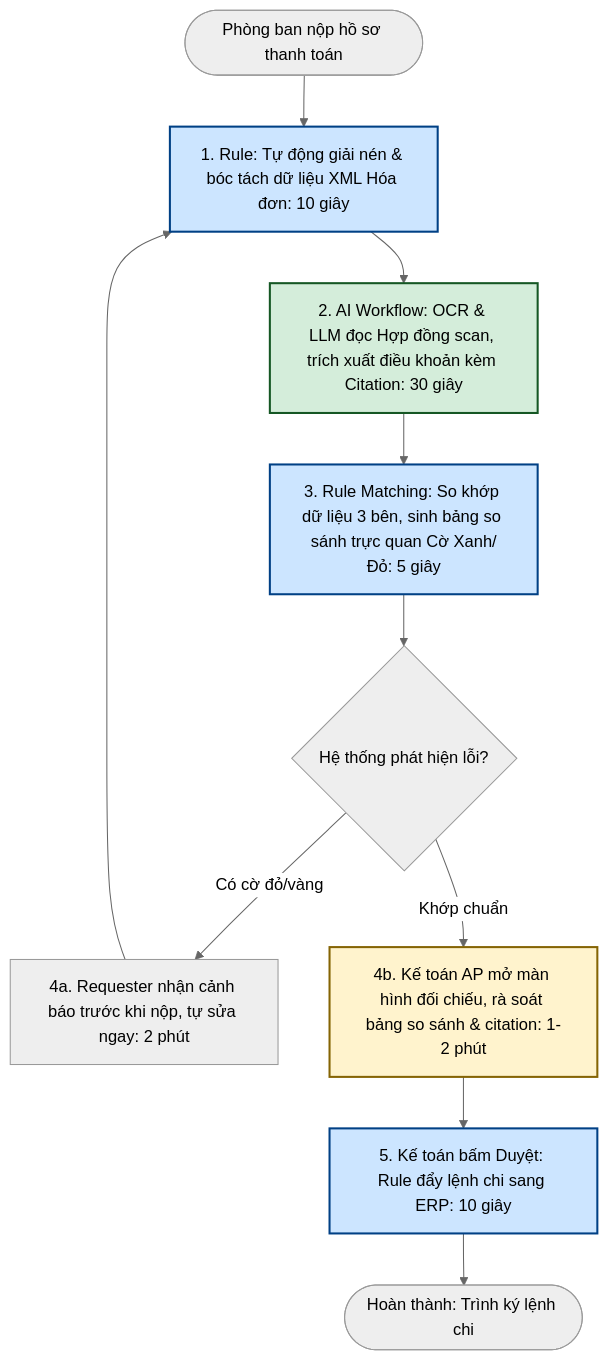
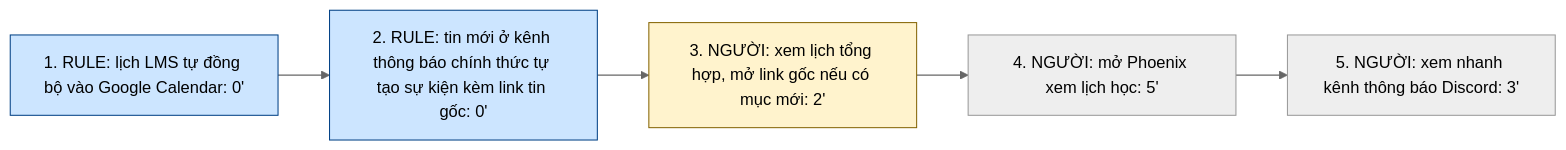
One commit to S0ra1n0/K5-L3B-DAY02-Nhom4Squares-DiscoveryProblemFraming changed the second of 2 diagrams in report/team/group_report.md. Above: the diagram before and after it, drawn with Mermaid (neutral theme). The commit also changed other lines of this file and 5 other files, not shown here.

````diff
--- a/report/team/group_report.md
+++ b/report/team/group_report.md
@@ -179,18 +177,11 @@
 ```mermaid
-flowchart TD
-    Start([Phòng ban nộp hồ sơ thanh toán]) --> S1[1. Rule: Tự động giải nén & bóc tách dữ liệu XML Hóa đơn: 10 giây]
-    S1 --> S2[2. AI Workflow: OCR & LLM đọc Hợp đồng scan, trích xuất điều khoản kèm Citation: 30 giây]
-    S2 --> S3[3. Rule Matching: So khớp dữ liệu 3 bên, sinh bảng so sánh trực quan Cờ Xanh/Đỏ: 5 giây]
-    S3 --> S4{Hệ thống phát hiện lỗi?}
-    S4 -- Có cờ đỏ/vàng --> S5a[4a. Requester nhận cảnh báo trước khi nộp, tự sửa ngay: 2 phút]
-    S5a --> S1
-    S4 -- Khớp chuẩn --> S5b[4b. Kế toán AP mở màn hình đối chiếu, rà soát bảng so sánh & citation: 1-2 phút]
-    S5b --> S6[5. Kế toán bấm Duyệt: Rule đẩy lệnh chi sang ERP: 10 giây]
-    S6 --> End([Hoàn thành: Trình ký lệnh chi])
+flowchart LR
+    R1[1. RULE: lịch LMS tự đồng bộ vào Google Calendar: 0'] --> R2[2. RULE: tin mới ở kênh thông báo chính thức tự tạo sự kiện kèm link tin gốc: 0']
+    R2 --> H1[3. NGƯỜI: xem lịch tổng hợp, mở link gốc nếu có mục mới: 2']
+    H1 --> H2[4. NGƯỜI: mở Phoenix xem lịch học: 5']
+    H2 --> H3[5. NGƯỜI: xem nhanh kênh thông báo Discord: 3']
 
-    style S1 fill:#cce5ff,stroke:#004085,stroke-width:2px
-    style S2 fill:#d4edda,stroke:#155724,stroke-width:2px
-    style S3 fill:#cce5ff,stroke:#004085,stroke-width:2px
-    style S5b fill:#fff3cd,stroke:#856404,stroke-width:2px
-    style S6 fill:#cce5ff,stroke:#004085,stroke-width:2px
+    style R1 fill:#cce5ff,stroke:#004085
+    style R2 fill:#cce5ff,stroke:#004085
+    style H1 fill:#fff3cd,stroke:#856404
 ```
````
